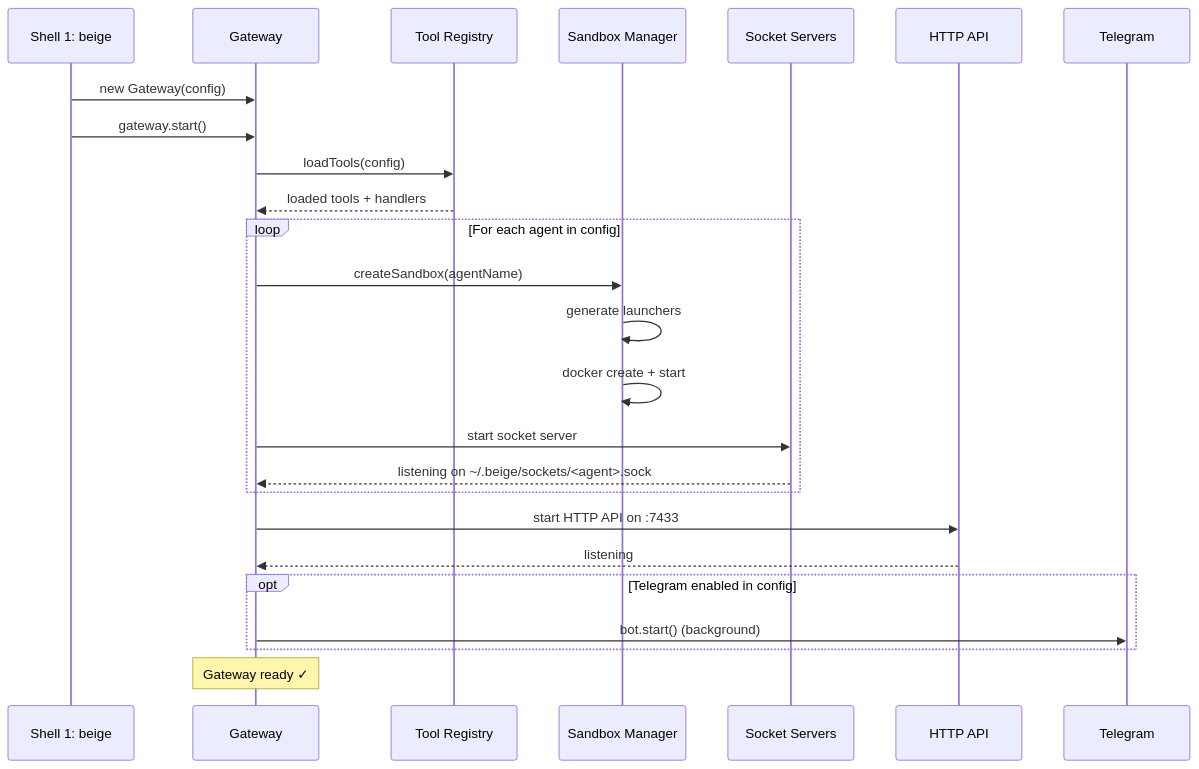
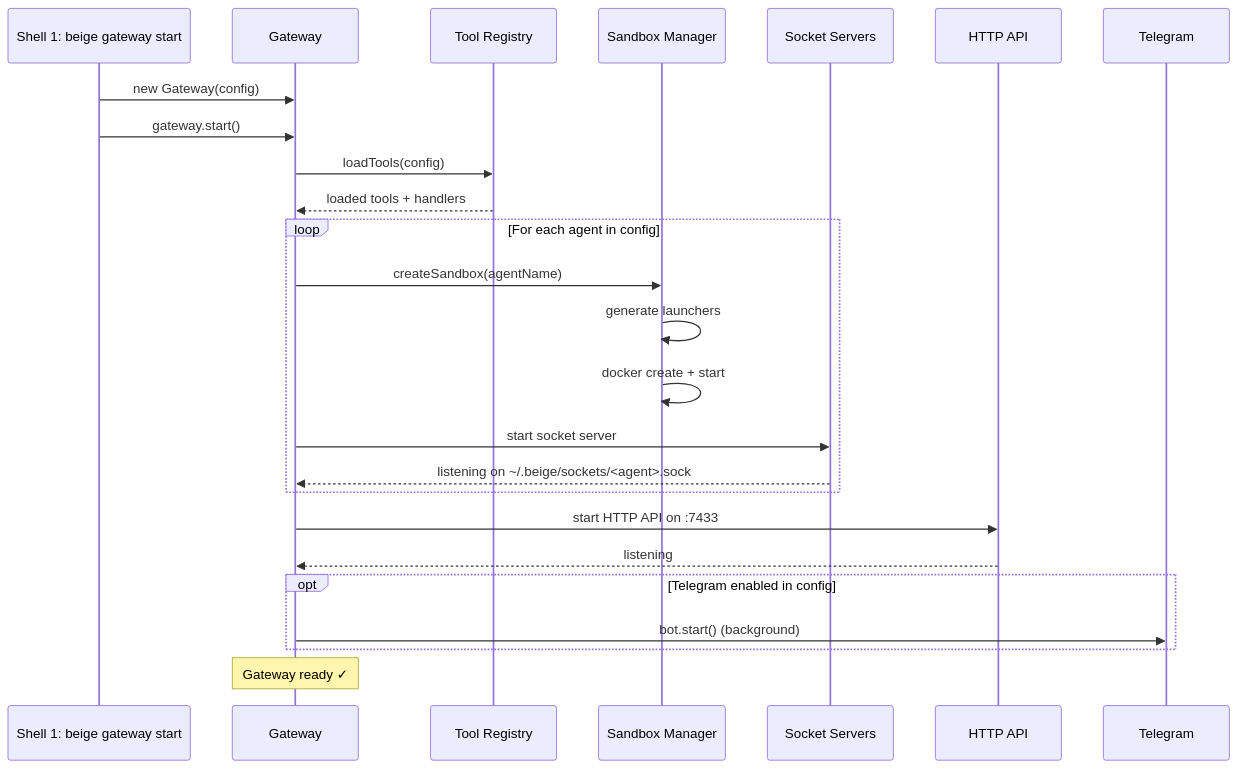
Before and after one commit to matthias-hausberger/beige: the fifth of 7 diagrams in docs/gateway/system-overview.mdx, drawn with Mermaid. The commit also changed other lines of this file and 16 other files, not shown here.

````diff
--- a/docs/gateway/system-overview.mdx
+++ b/docs/gateway/system-overview.mdx
@@ -160,33 +160,33 @@
 ```mermaid
 sequenceDiagram
-    participant CLI as Shell 1: beige
+    participant CLI as Shell 1: beige gateway start
     participant GW as Gateway
     participant Tools as Tool Registry
     participant SM as Sandbox Manager
     participant SS as Socket Servers
     participant API as HTTP API
     participant TG as Telegram
 
     CLI->>GW: new Gateway(config)
     CLI->>GW: gateway.start()
 
     GW->>Tools: loadTools(config)
     Tools-->>GW: loaded tools + handlers
 
     loop For each agent in config
         GW->>SM: createSandbox(agentName)
         SM->>SM: generate launchers
         SM->>SM: docker create + start
         GW->>SS: start socket server
         SS-->>GW: listening on ~/.beige/sockets/<agent>.sock
     end
 
     GW->>API: start HTTP API on :7433
     API-->>GW: listening
 
     opt Telegram enabled in config
         GW->>TG: bot.start() (background)
     end
 
     Note over GW: Gateway ready ✓
 ```
````
